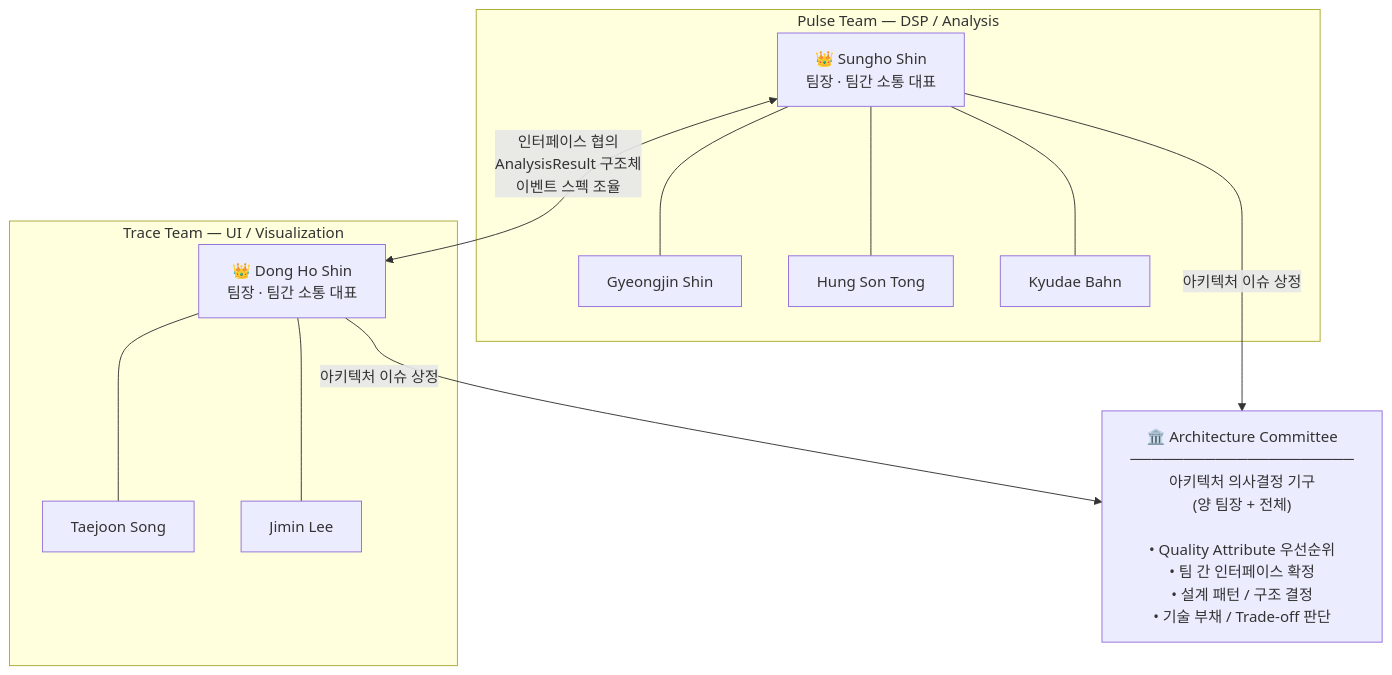
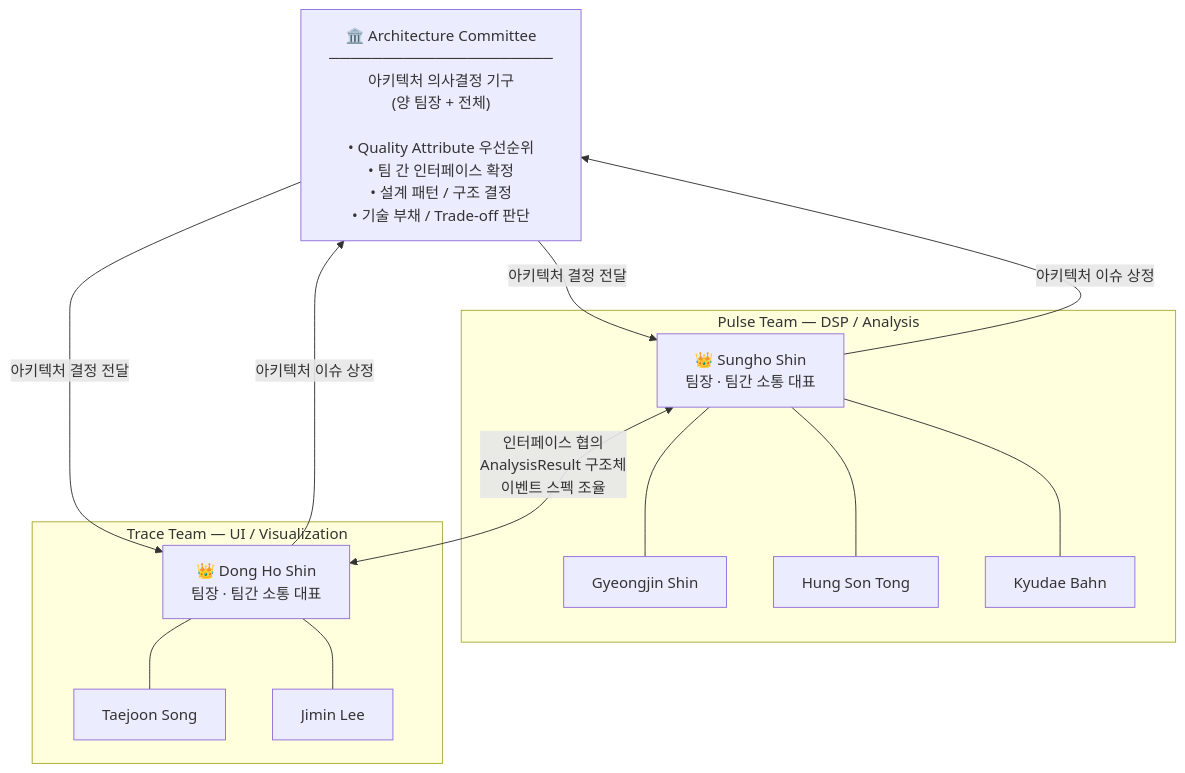
One commit to Ji-Min-Lee/2026-3-sw-architect-studio-project changed the diagram in docs/team-structure.md. Above: the diagram before and after it, drawn with Mermaid. The commit also changed 1 other file, not shown here.

Commit message:
docs: reorder mermaid diagram — Architecture Committee on top, teams below

````diff
--- a/docs/team-structure.md
+++ b/docs/team-structure.md
@@ -28,26 +28,29 @@
 ```mermaid
 graph TD
     AC["🏛️ Architecture Committee\n─────────────────────\n아키텍처 의사결정 기구\n(양 팀장 + 전체)\n\n• Quality Attribute 우선순위\n• 팀 간 인터페이스 확정\n• 설계 패턴 / 구조 결정\n• 기술 부채 / Trade-off 판단"]
+
+    AC -->|"아키텍처 결정 전달"| TL2
+    AC -->|"아키텍처 결정 전달"| TL3
+    TL2 -->|"아키텍처 이슈 상정"| AC
+    TL3 -->|"아키텍처 이슈 상정"| AC
 
     subgraph PT["Pulse Team — DSP / Analysis"]
         TL2["👑 Sungho Shin\n팀장 · 팀간 소통 대표"]
         M2A["Gyeongjin Shin"]
         M2B["Hung Son Tong"]
         M2C["Kyudae Bahn"]
         TL2 --- M2A
         TL2 --- M2B
         TL2 --- M2C
     end
 
     subgraph TT["Trace Team — UI / Visualization"]
         TL3["👑 Dong Ho Shin\n팀장 · 팀간 소통 대표"]
         M3A["Taejoon Song"]
         M3B["Jimin Lee"]
         TL3 --- M3A
         TL3 --- M3B
     end
 
     TL2 <-->|"인터페이스 협의\nAnalysisResult 구조체\n이벤트 스펙 조율"| TL3
-    TL2 -->|"아키텍처 이슈 상정"| AC
-    TL3 -->|"아키텍처 이슈 상정"| AC
 ```
````
